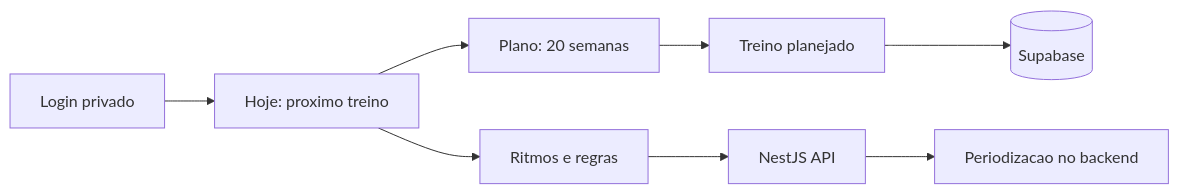
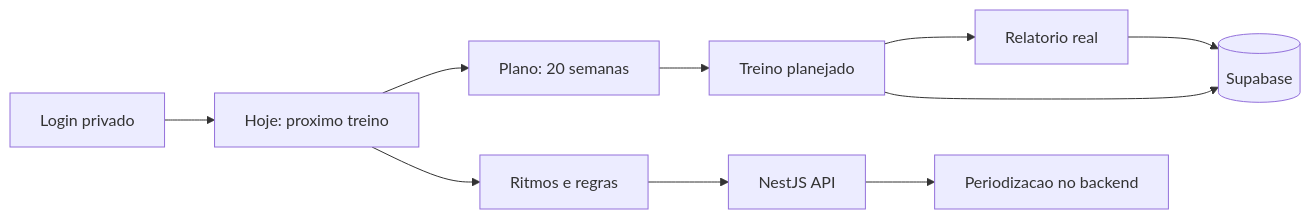
One commit to devguilhrm/MyPace changed the diagram in README.md. Above: the diagram before and after it, drawn with Mermaid. The commit also changed other lines of this file and 4 other files, not shown here.

````diff
--- a/README.md
+++ b/README.md
@@ -18,10 +19,12 @@
 ```mermaid
 flowchart LR
   Login[Login privado] --> Hoje[Hoje: proximo treino]
   Hoje --> Plano[Plano: 20 semanas]
   Plano --> Treino[Treino planejado]
+  Treino --> Relatorio[Relatorio real]
   Hoje --> Ritmos[Ritmos e regras]
   Treino --> Supabase[(Supabase)]
+  Relatorio --> Supabase
   Ritmos --> API[NestJS API]
   API --> PlanoBase[Periodizacao no backend]
 ```
````
